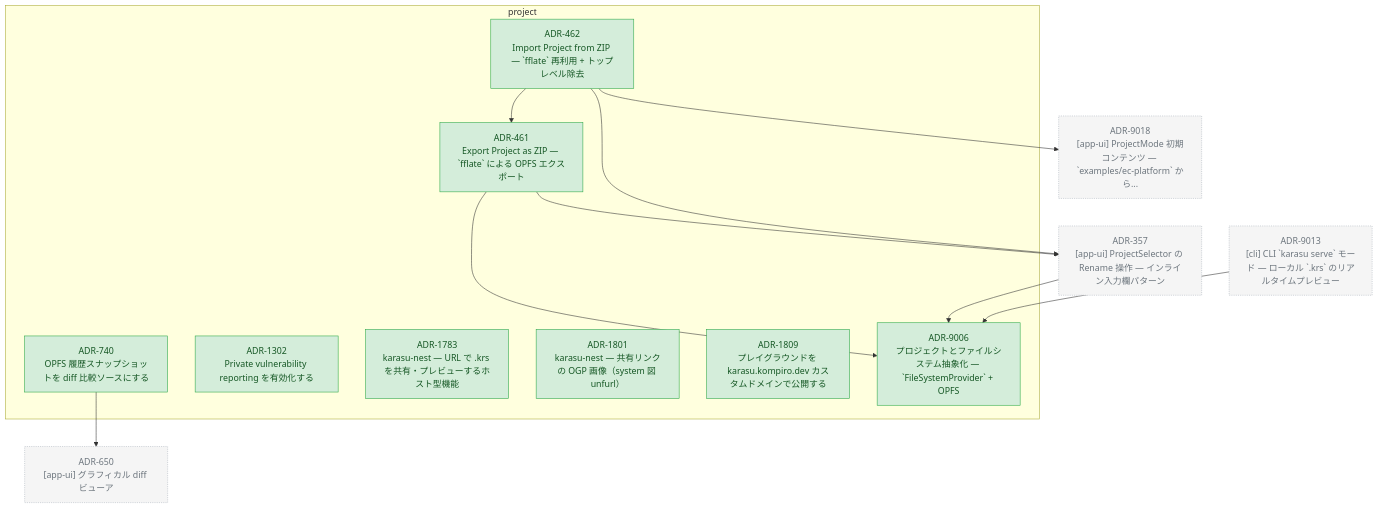
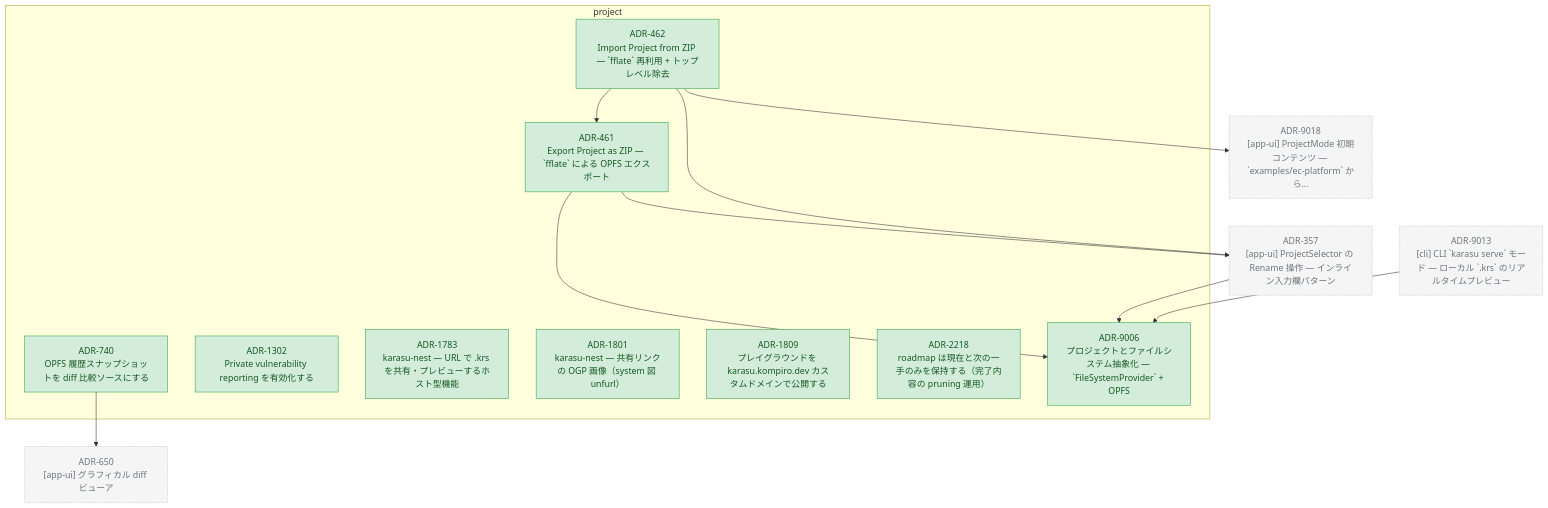
One commit to kompiro/karasu changed the diagram in docs/adr/graph/project.md. Above: the diagram before and after it, drawn with Mermaid. The commit also changed other lines of this file and 6 other files, not shown here.

First line of the commit message:
docs(roadmap): adopt pruning policy — keep only the present and the next move (ADR-2218)

````diff
--- a/docs/adr/graph/project.md
+++ b/docs/adr/graph/project.md
@@ -6,44 +6,46 @@
 ```mermaid
 flowchart TD
   subgraph project["project"]
     ADR_461["ADR-461<br/>Export Project as ZIP — `fflate` による OPFS エクスポート"]
     ADR_462["ADR-462<br/>Import Project from ZIP — `fflate` 再利用 + トップレベル除去"]
     ADR_740["ADR-740<br/>OPFS 履歴スナップショットを diff 比較ソースにする"]
     ADR_1302["ADR-1302<br/>Private vulnerability reporting を有効化する"]
     ADR_1783["ADR-1783<br/>karasu-nest — URL で .krs を共有・プレビューするホスト型機能"]
     ADR_1801["ADR-1801<br/>karasu-nest — 共有リンクの OGP 画像（system 図 unfurl）"]
     ADR_1809["ADR-1809<br/>プレイグラウンドを karasu.kompiro.dev カスタムドメインで公開する"]
+    ADR_2218["ADR-2218<br/>roadmap は現在と次の一手のみを保持する（完了内容の pruning 運用）"]
     ADR_9006["ADR-9006<br/>プロジェクトとファイルシステム抽象化 — `FileSystemProvider` + OPFS"]
   end
   ADR_357["ADR-357<br/>[app-ui] ProjectSelector の Rename 操作 — インライン入力欄パターン"]
   ADR_650["ADR-650<br/>[app-ui] グラフィカル diff ビューア"]
   ADR_9013["ADR-9013<br/>[cli] CLI `karasu serve` モード — ローカル `.krs` のリアルタイムプレビュー"]
   ADR_9018["ADR-9018<br/>[app-ui] ProjectMode 初期コンテンツ — `examples/ec-platform` から..."]
   ADR_461 --> ADR_9006
   ADR_461 --> ADR_357
   ADR_462 --> ADR_357
   ADR_462 --> ADR_9018
   ADR_462 --> ADR_461
   ADR_740 --> ADR_650
   ADR_357 --> ADR_9006
   ADR_9013 --> ADR_9006
 
   classDef accepted fill:#d4edda,stroke:#28a745,color:#155724
   classDef proposed fill:#fff3cd,stroke:#ffc107,color:#856404
   classDef deprecated fill:#f8d7da,stroke:#dc3545,color:#721c24
   classDef superseded fill:#e2e3e5,stroke:#6c757d,color:#383d41
   classDef not_adopted fill:#e2e3e5,stroke:#6c757d,color:#383d41,stroke-dasharray:3 3
   classDef ghost fill:#f5f5f5,stroke:#adb5bd,color:#6c757d,stroke-dasharray:2 2
   class ADR_461 accepted
   class ADR_462 accepted
   class ADR_740 accepted
   class ADR_1302 accepted
   class ADR_1783 accepted
   class ADR_1801 accepted
   class ADR_1809 accepted
+  class ADR_2218 accepted
   class ADR_9006 accepted
   class ADR_357 ghost
   class ADR_650 ghost
   class ADR_9013 ghost
   class ADR_9018 ghost
 ```
````
